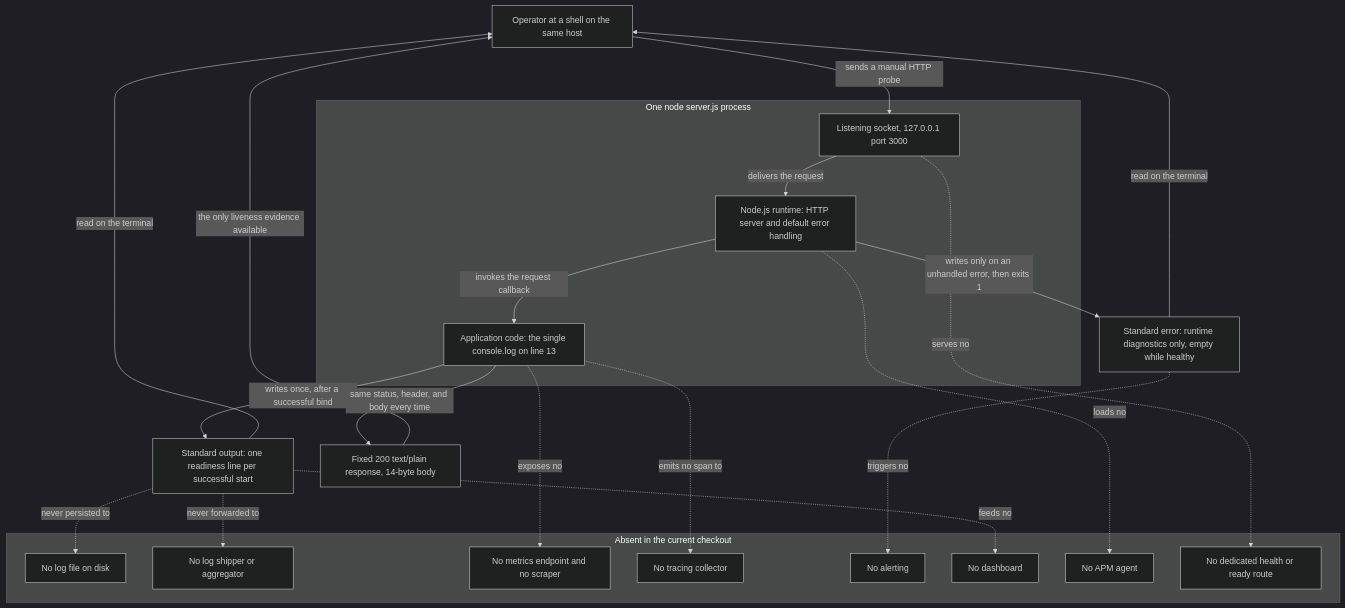
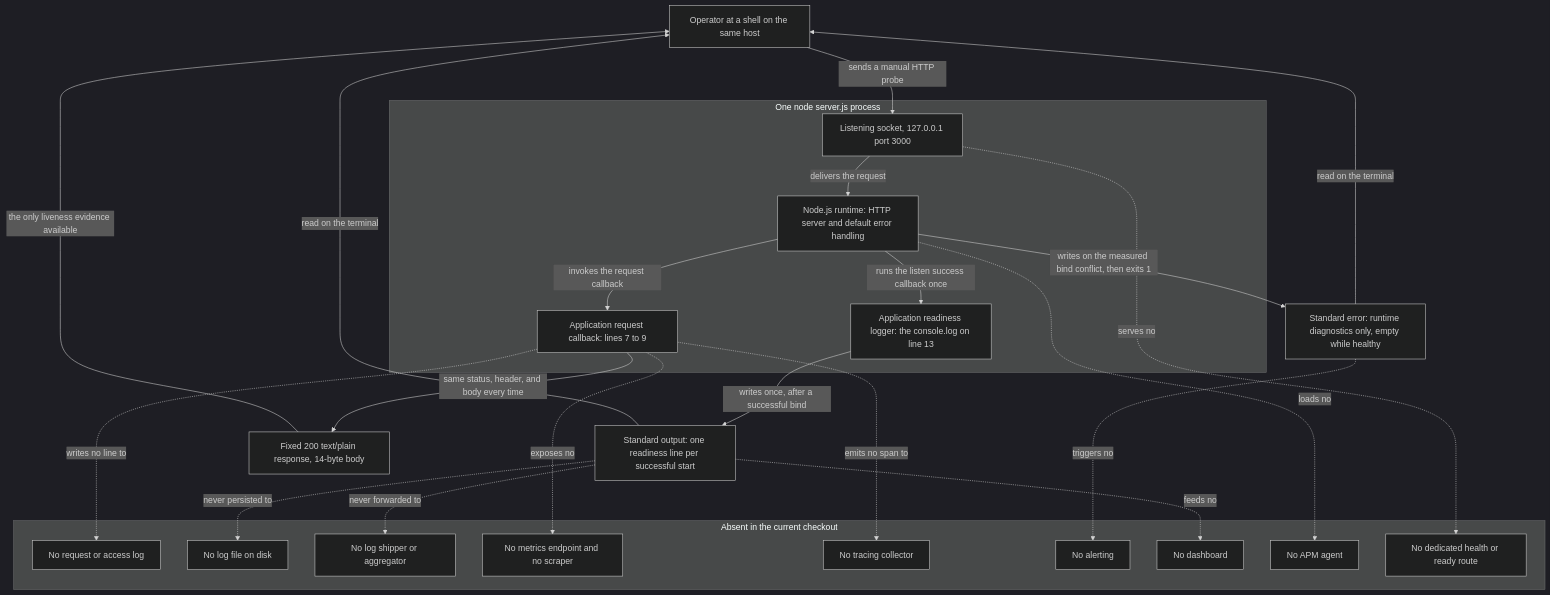
Before and after one commit to ajitblitzy/Ajit_GH_Repo-12-Mar-26: the diagram in docs/areas/observability.md, drawn with Mermaid (dark theme). The commit also changed other lines of this file and 8 other files, not shown here.

````diff
--- a/docs/areas/observability.md
+++ b/docs/areas/observability.md
@@ -463,39 +507,43 @@
 ```mermaid
 flowchart TB
     OPER["Operator at a shell on the same host"]
     subgraph PROCESS["One node server.js process"]
-        APPCODE["Application code: the single console.log on line 13"]
+        READYLOG["Application readiness logger: the console.log on line 13"]
+        HANDLER["Application request callback: lines 7 to 9"]
         RUNTIME["Node.js runtime: HTTP server and default error handling"]
         SOCKET["Listening socket, 127.0.0.1 port 3000"]
     end
     STDOUT["Standard output: one readiness line per successful start"]
     STDERR["Standard error: runtime diagnostics only, empty while healthy"]
     RESPONSE["Fixed 200 text/plain response, 14-byte body"]
-    APPCODE -->|"writes once, after a successful bind"| STDOUT
-    RUNTIME -->|"writes only on an unhandled error, then exits 1"| STDERR
+    RUNTIME -->|"runs the listen success callback once"| READYLOG
+    READYLOG -->|"writes once, after a successful bind"| STDOUT
+    RUNTIME -->|"writes on the measured bind conflict, then exits 1"| STDERR
     STDOUT -->|"read on the terminal"| OPER
     STDERR -->|"read on the terminal"| OPER
     OPER -->|"sends a manual HTTP probe"| SOCKET
     SOCKET -->|"delivers the request"| RUNTIME
-    RUNTIME -->|"invokes the request callback"| APPCODE
-    APPCODE -->|"same status, header, and body every time"| RESPONSE
+    RUNTIME -->|"invokes the request callback"| HANDLER
+    HANDLER -->|"same status, header, and body every time"| RESPONSE
     RESPONSE -->|"the only liveness evidence available"| OPER
     subgraph ABSENT["Absent in the current checkout"]
+        NOREQLOG["No request or access log"]
         NOFILE["No log file on disk"]
         NOSHIPPER["No log shipper or aggregator"]
         NOMETRICS["No metrics endpoint and no scraper"]
         NOTRACING["No tracing collector"]
         NOALERTS["No alerting"]
         NODASH["No dashboard"]
         NOAPM["No APM agent"]
         NOHEALTH["No dedicated health or ready route"]
     end
+    HANDLER -.->|"writes no line to"| NOREQLOG
     STDOUT -.->|"never persisted to"| NOFILE
     STDOUT -.->|"never forwarded to"| NOSHIPPER
     STDOUT -.->|"feeds no"| NODASH
-    APPCODE -.->|"exposes no"| NOMETRICS
-    APPCODE -.->|"emits no span to"| NOTRACING
+    HANDLER -.->|"exposes no"| NOMETRICS
+    HANDLER -.->|"emits no span to"| NOTRACING
     STDERR -.->|"triggers no"| NOALERTS
     RUNTIME -.->|"loads no"| NOAPM
     SOCKET -.->|"serves no"| NOHEALTH
 ```
````
